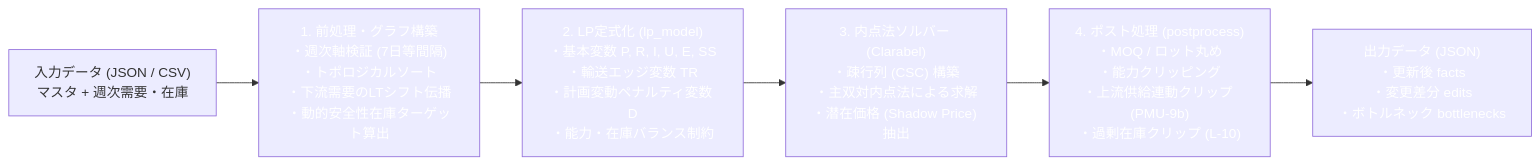
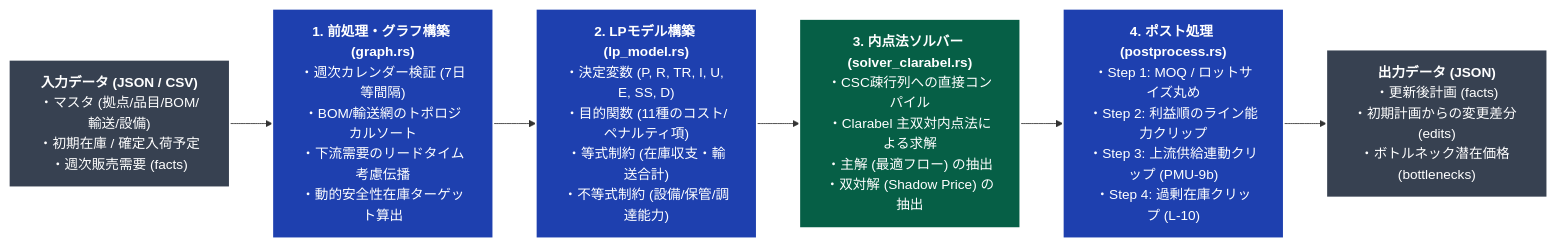
The first of 2 diagrams in README.md (iida-masashi/scm-lp-optimizer), drawn with Mermaid before and after one commit. The commit also changed other lines of this file, not shown here.

Commit message:
docs(readme): expand README with detailed architecture, math model, walkthrough, and high-contrast Mermaid diagrams

````diff
--- a/README.md
+++ b/README.md
@@ -26,8 +48,19 @@
 ```mermaid
 flowchart LR
-    A["<div style='color:#ffffff;'>入力データ (JSON / CSV)<br/>マスタ + 週次需要・在庫</div>"] --> B["<div style='color:#ffffff;'>1. 前処理・グラフ構築<br/>・週次軸検証 (7日等間隔)<br/>・トポロジカルソート<br/>・下流需要のLTシフト伝播<br/>・動的安全性在庫ターゲット算出</div>"]
-    B --> C["<div style='color:#ffffff;'>2. LP定式化 (lp_model)<br/>・基本変数 P, R, I, U, E, SS<br/>・輸送エッジ変数 TR<br/>・計画変動ペナルティ変数 D<br/>・能力・在庫バランス制約</div>"]
-    C --> D["<div style='color:#ffffff;'>3. 内点法ソルバー (Clarabel)<br/>・疎行列 (CSC) 構築<br/>・主双対内点法による求解<br/>・潜在価格 (Shadow Price) 抽出</div>"]
-    D --> E["<div style='color:#ffffff;'>4. ポスト処理 (postprocess)<br/>・MOQ / ロット丸め<br/>・能力クリッピング<br/>・上流供給連動クリップ (PMU-9b)<br/>・過剰在庫クリップ (L-10)</div>"]
-    E --> F["<div style='color:#ffffff;'>出力データ (JSON)<br/>・更新後 facts<br/>・変更差分 edits<br/>・ボトルネック bottlenecks</div>"]
+    classDef io fill:#374151,stroke:#ffffff,stroke-width:2px,color:#ffffff;
+    classDef step fill:#1e40af,stroke:#ffffff,stroke-width:2px,color:#ffffff;
+    classDef solver fill:#065f46,stroke:#ffffff,stroke-width:2px,color:#ffffff;
+
+    A["<div style='color:#ffffff;'><b>入力データ (JSON / CSV)</b><br/>・マスタ (拠点/品目/BOM/輸送/設備)<br/>・初期在庫 / 確定入荷予定<br/>・週次販売需要 (facts)</div>"]:::io
+    B["<div style='color:#ffffff;'><b>1. 前処理・グラフ構築 (graph.rs)</b><br/>・週次カレンダー検証 (7日等間隔)<br/>・BOM/輸送網のトポロジカルソート<br/>・下流需要のリードタイム考慮伝播<br/>・動的安全性在庫ターゲット算出</div>"]:::step
+    C["<div style='color:#ffffff;'><b>2. LPモデル構築 (lp_model.rs)</b><br/>・決定変数 (P, R, TR, I, U, E, SS, D)<br/>・目的関数 (11種のコスト/ペナルティ項)<br/>・等式制約 (在庫収支・輸送合計)<br/>・不等式制約 (設備/保管/調達能力)</div>"]:::step
+    D["<div style='color:#ffffff;'><b>3. 内点法ソルバー (solver_clarabel.rs)</b><br/>・CSC疎行列への直接コンパイル<br/>・Clarabel 主双対内点法による求解<br/>・主解 (最適フロー) の抽出<br/>・双対解 (Shadow Price) の抽出</div>"]:::solver
+    E["<div style='color:#ffffff;'><b>4. ポスト処理 (postprocess.rs)</b><br/>・Step 1: MOQ / ロットサイズ丸め<br/>・Step 2: 利益順のライン能力クリップ<br/>・Step 3: 上流供給連動クリップ (PMU-9b)<br/>・Step 4: 過剰在庫クリップ (L-10)</div>"]:::step
+    F["<div style='color:#ffffff;'><b>出力データ (JSON)</b><br/>・更新後計画 (facts)<br/>・初期計画からの変更差分 (edits)<br/>・ボトルネック潜在価格 (bottlenecks)</div>"]:::io
+
+    A --> B
+    B --> C
+    C --> D
+    D --> E
+    E --> F
 ```
````
